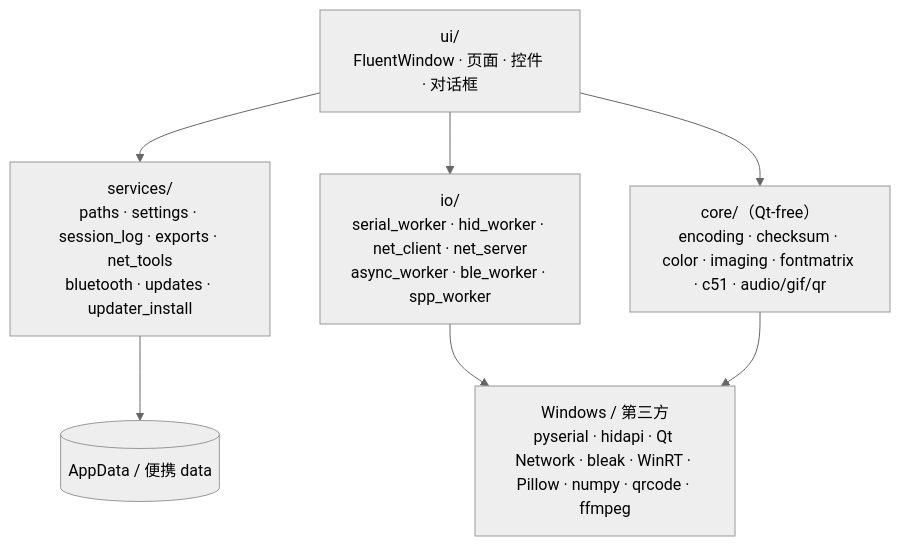
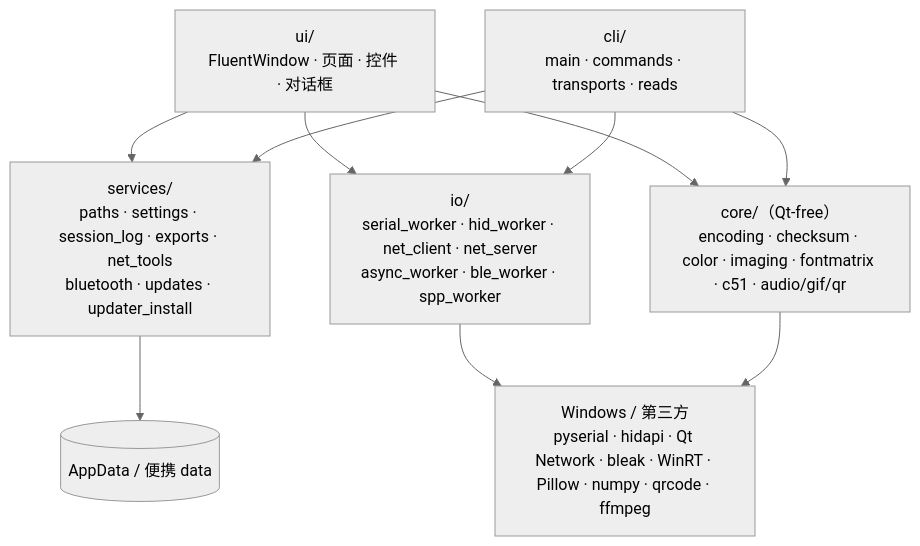
Before and after one commit to Yaopyr/PortHelperFluent: the first of 3 diagrams in docs/ARCHITECTURE.md, drawn with Mermaid (neutral theme). The commit also changed other lines of this file and 10 other files, not shown here.

````diff
--- a/docs/ARCHITECTURE.md
+++ b/docs/ARCHITECTURE.md
@@ -17,16 +18,20 @@
 ```mermaid
 flowchart TB
     UI["ui/<br/>FluentWindow · 页面 · 控件 · 对话框"]
+    CLI["cli/<br/>main · commands · transports · reads"]
     SVC["services/<br/>paths · settings · session_log · exports · net_tools<br/>bluetooth · updates · updater_install"]
     IO["io/<br/>serial_worker · hid_worker · net_client · net_server<br/>async_worker · ble_worker · spp_worker"]
     CORE["core/（Qt-free）<br/>encoding · checksum · color · imaging · fontmatrix · c51 · audio/gif/qr"]
     WIN["Windows / 第三方<br/>pyserial · hidapi · Qt Network · bleak · WinRT · Pillow · numpy · qrcode · ffmpeg"]
     FS[("AppData / 便携 data")]
 
     UI --> SVC
     UI --> IO
     UI --> CORE
+    CLI --> SVC
+    CLI --> IO
+    CLI --> CORE
     SVC --> FS
     IO --> WIN
     CORE --> WIN
 ```
````
